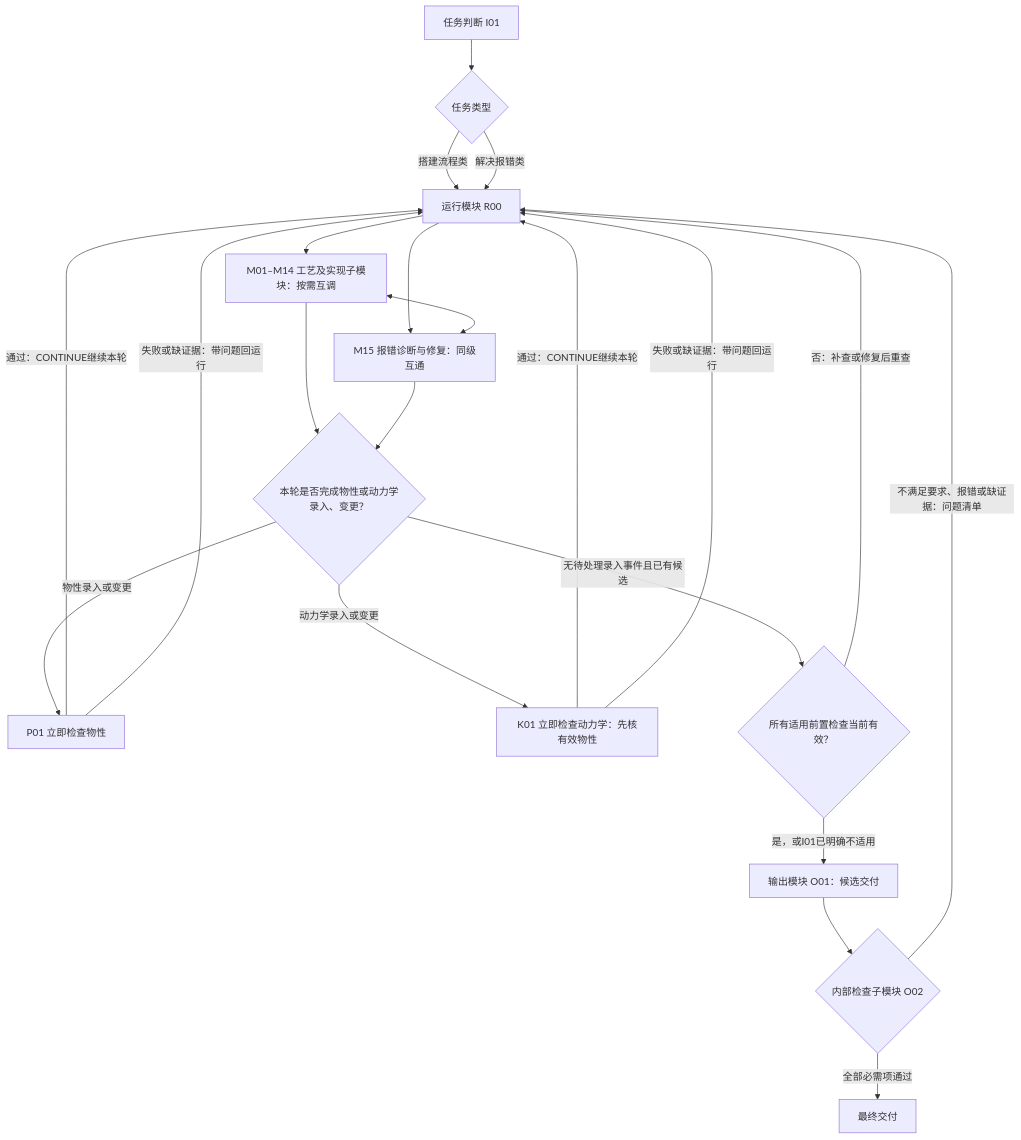
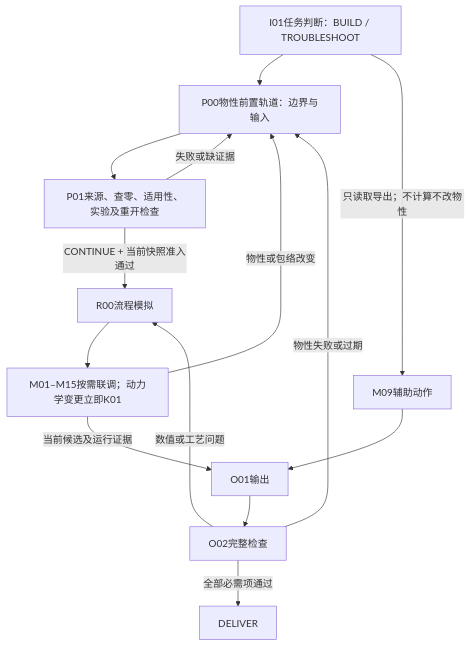
One commit to luxiaoguo0225/SYUCT-GuoJiaXing-Automated-ASPEN-PLUS-skill changed the diagram in SKILL.md. Above: the diagram before and after it, drawn with Mermaid. The commit also changed other lines of this file and 36 other files, not shown here.

Commit message:
Add property preflight and staged flowsheet integration

````diff
--- a/SKILL.md
+++ b/SKILL.md
@@ -11,23 +11,16 @@
 ```mermaid
 flowchart TD
-  I[任务判断 I01] --> T{任务类型}
-  T -->|搭建流程类| R[运行模块 R00]
-  T -->|解决报错类| R
-  R --> B[M01–M14 工艺及实现子模块：按需互调]
-  R --> E[M15 报错诊断与修复：同级互通]
-  B <--> E
-  B --> S{本轮是否完成物性或动力学录入、变更？}
-  E --> S
-  S -->|物性录入或变更| P[P01 立即检查物性]
-  S -->|动力学录入或变更| K[K01 立即检查动力学：先核有效物性]
-  P -->|通过：CONTINUE继续本轮| R
-  K -->|通过：CONTINUE继续本轮| R
-  P -->|失败或缺证据：带问题回运行| R
-  K -->|失败或缺证据：带问题回运行| R
-  S -->|无待处理录入事件且已有候选| G{所有适用前置检查当前有效？}
-  G -->|否：补查或修复后重查| R
-  G -->|是，或I01已明确不适用| O[输出模块 O01：候选交付]
-  O --> C{内部检查子模块 O02}
-  C -->|不满足要求、报错或缺证据：问题清单| R
-  C -->|全部必需项通过| D[最终交付]
+  I[I01任务判断：BUILD / TROUBLESHOOT] --> P[P00物性前置轨道：边界与输入]
+  P --> PC[P01来源、查零、适用性、实验及重开检查]
+  PC -->|失败或缺证据| P
+  PC -->|CONTINUE + 当前快照准入通过| R[R00流程模拟]
+  R --> B[M01–M15按需联调；动力学变更立即K01]
+  B -->|物性或包络改变| P
+  B -->|当前候选及运行证据| O[O01输出]
+  O --> C[O02完整检查]
+  C -->|物性失败或过期| P
+  C -->|数值或工艺问题| R
+  C -->|全部必需项通过| D[DELIVER]
+  I -->|只读取导出；不计算不改物性| A[M09辅助动作]
+  A --> O
 ```
````
